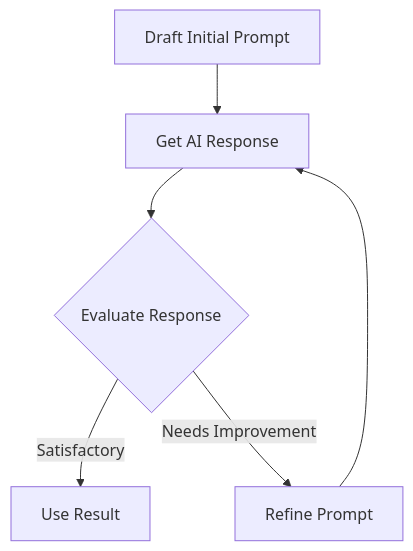
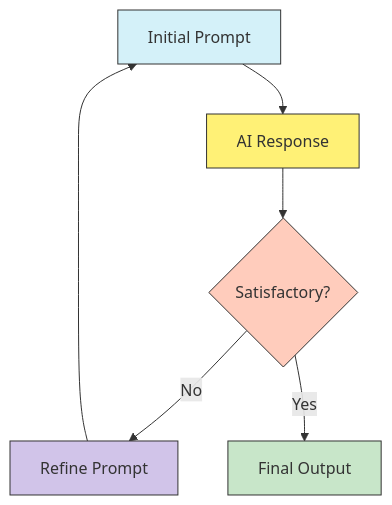
One commit to wahidyankf/oss changed the fourth of 5 diagrams in apps-standalone/ayokoding-web/content/en/learn/crash-courses/productivity/ai-assisted/prompt-engineering/basics.md. Above: the diagram before and after it, drawn with Mermaid. The commit also changed other lines of this file and 40 other files, not shown here.

````diff
--- a/apps-standalone/ayokoding-web/content/en/learn/crash-courses/productivity/ai-assisted/prompt-engineering/basics.md
+++ b/apps-standalone/ayokoding-web/content/en/learn/crash-courses/productivity/ai-assisted/prompt-engineering/basics.md
@@ -152,8 +398,14 @@
 ```mermaid
-flowchart TD
-    A[Draft Initial Prompt] --> B[Get AI Response]
-    B --> C{Evaluate Response}
-    C -->|Satisfactory| D[Use Result]
-    C -->|Needs Improvement| E[Refine Prompt]
-    E --> B
+graph TD
+    A[Initial Prompt] --> B[AI Response]
+    B --> C{Satisfactory?}
+    C -->|No| D[Refine Prompt]
+    D --> A
+    C -->|Yes| E[Final Output]
+
+    style A fill:#d4f1f9,stroke:#333
+    style B fill:#fff176,stroke:#333
+    style C fill:#ffccbc,stroke:#333
+    style D fill:#d1c4e9,stroke:#333
+    style E fill:#c8e6c9,stroke:#333
 ```
````
